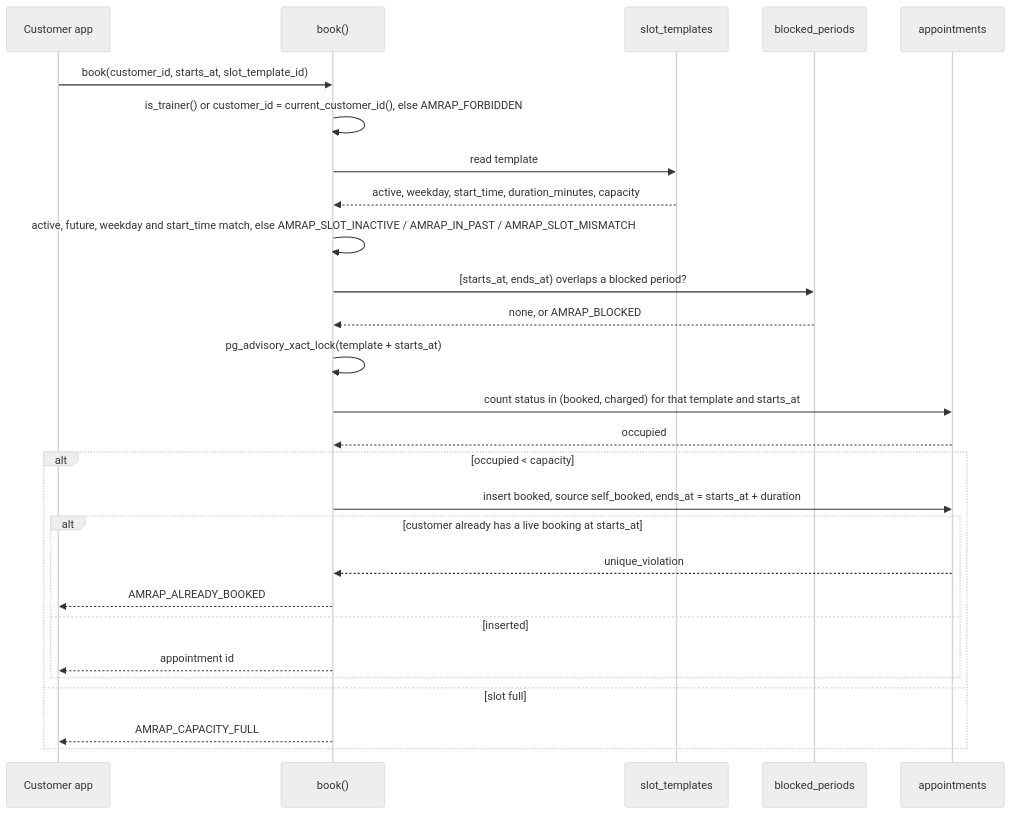
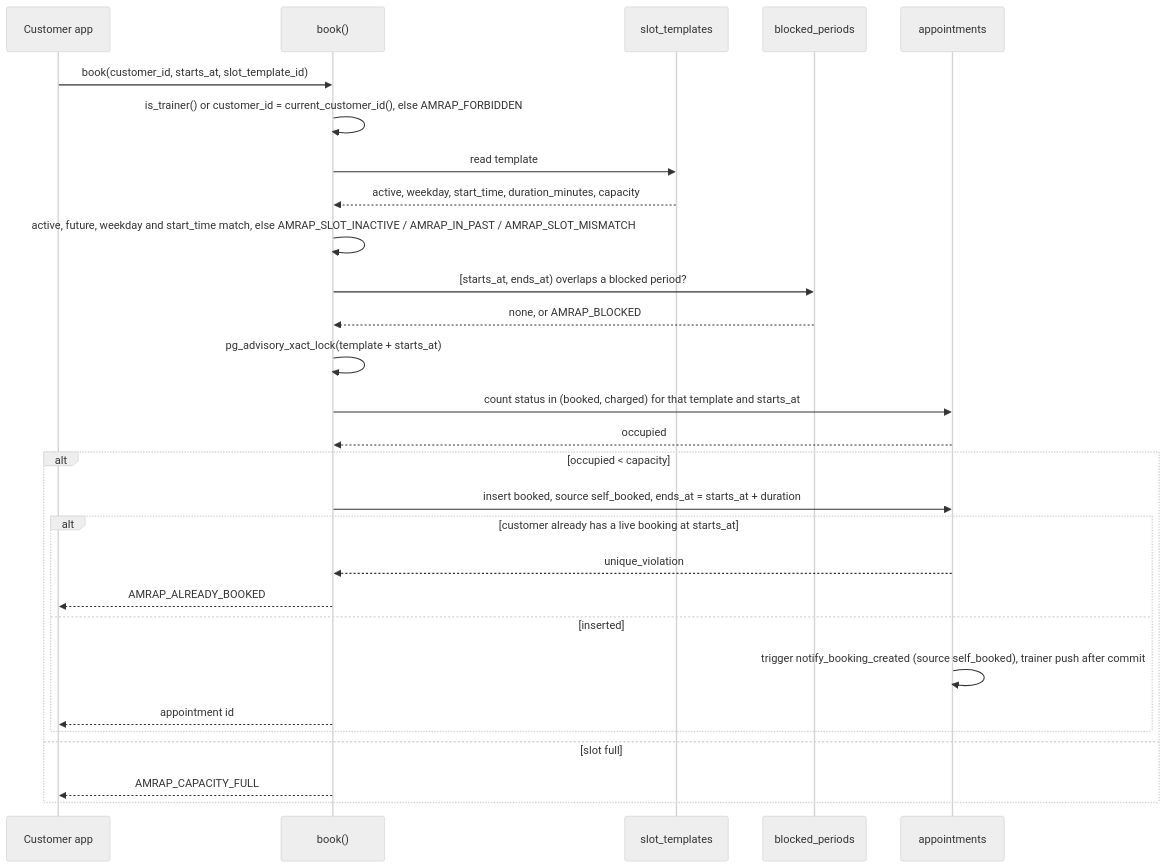
Before and after one commit to JasaGlazar/amrap: the diagram in docs/architecture/booking-sequence.md, drawn with Mermaid (neutral theme). The commit also changed other lines of this file and 10 other files, not shown here.

First line of the commit message:
feat(db): notify the trainer of customer bookings and cancels, customers of credits

````diff
--- a/docs/architecture/booking-sequence.md
+++ b/docs/architecture/booking-sequence.md
@@ -14,30 +16,31 @@
 ```mermaid
 sequenceDiagram
     participant C as Customer app
     participant B as book()
     participant S as slot_templates
     participant BP as blocked_periods
     participant A as appointments
 
     C->>B: book(customer_id, starts_at, slot_template_id)
     B->>B: is_trainer() or customer_id = current_customer_id(), else AMRAP_FORBIDDEN
     B->>S: read template
     S-->>B: active, weekday, start_time, duration_minutes, capacity
     B->>B: active, future, weekday and start_time match, else AMRAP_SLOT_INACTIVE / AMRAP_IN_PAST / AMRAP_SLOT_MISMATCH
     B->>BP: [starts_at, ends_at) overlaps a blocked period?
     BP-->>B: none, or AMRAP_BLOCKED
     B->>B: pg_advisory_xact_lock(template + starts_at)
     B->>A: count status in (booked, charged) for that template and starts_at
     A-->>B: occupied
     alt occupied < capacity
         B->>A: insert booked, source self_booked, ends_at = starts_at + duration
         alt customer already has a live booking at starts_at
             A-->>B: unique_violation
             B-->>C: AMRAP_ALREADY_BOOKED
         else inserted
+            A->>A: trigger notify_booking_created (source self_booked), trainer push after commit
             B-->>C: appointment id
         end
     else slot full
         B-->>C: AMRAP_CAPACITY_FULL
     end
 ```
````
